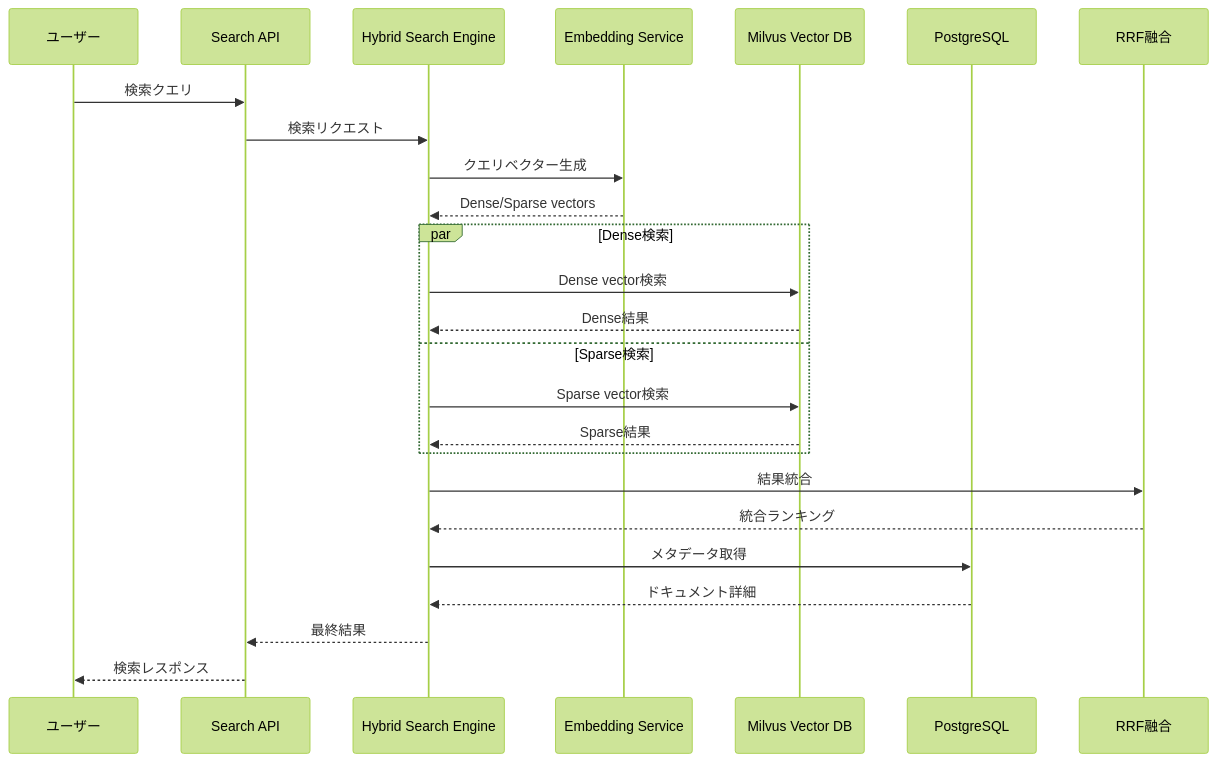
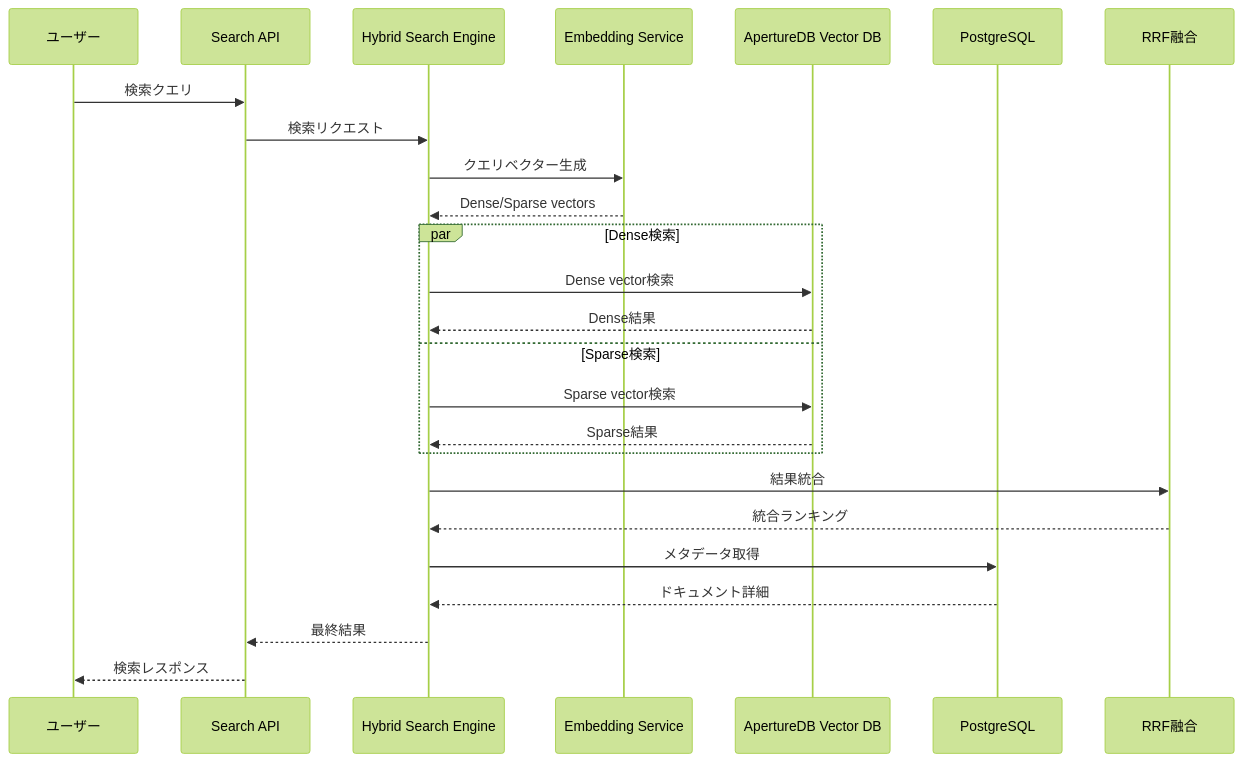
Before and after one commit to jangom2ok/spec_rag: the fifth of 6 diagrams in docs/learning/Step01_DataFlow.md, drawn with Mermaid (forest theme). The commit also changed other lines of this file and 69 other files, not shown here.

First line of the commit message:
Replace Milvus with ApertureDB for vector storage (#13)

````diff
--- a/docs/learning/Step01_DataFlow.md
+++ b/docs/learning/Step01_DataFlow.md
@@ -419,33 +419,33 @@
 ```mermaid
 sequenceDiagram
     participant User as ユーザー
     participant API as Search API
     participant Engine as Hybrid Search Engine
     participant Embed as Embedding Service
-    participant Milvus as Milvus Vector DB
+    participant ApertureDB as ApertureDB Vector DB
     participant Postgres as PostgreSQL
     participant RRF as RRF融合
 
     User->>API: 検索クエリ
     API->>Engine: 検索リクエスト
 
     Engine->>Embed: クエリベクター生成
     Embed-->>Engine: Dense/Sparse vectors
 
     par Dense検索
-        Engine->>Milvus: Dense vector検索
-        Milvus-->>Engine: Dense結果
+        Engine->>ApertureDB: Dense vector検索
+        ApertureDB-->>Engine: Dense結果
     and Sparse検索
-        Engine->>Milvus: Sparse vector検索
-        Milvus-->>Engine: Sparse結果
+        Engine->>ApertureDB: Sparse vector検索
+        ApertureDB-->>Engine: Sparse結果
     end
 
     Engine->>RRF: 結果統合
     RRF-->>Engine: 統合ランキング
 
     Engine->>Postgres: メタデータ取得
     Postgres-->>Engine: ドキュメント詳細
 
     Engine-->>API: 最終結果
     API-->>User: 検索レスポンス
 ```
````
